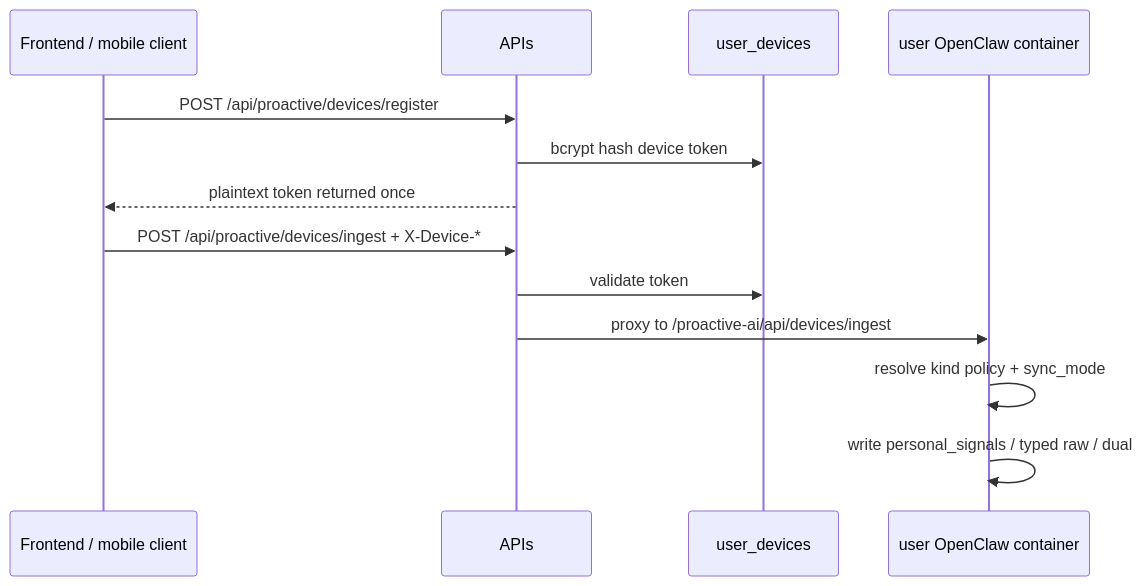
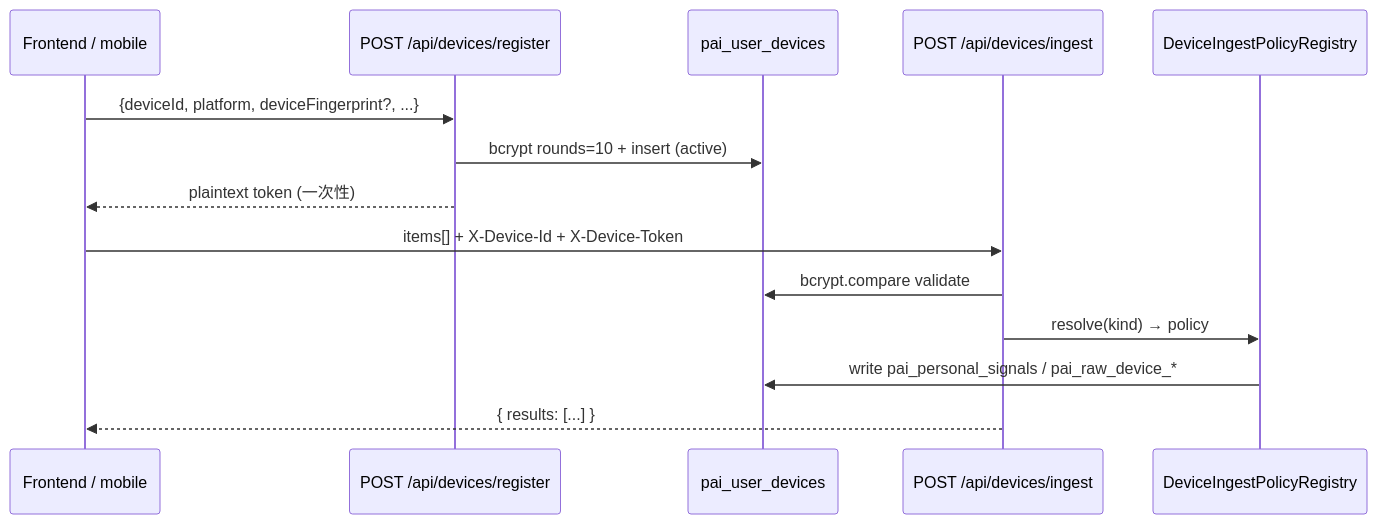
One commit to Edge-AI-HQ/proactive-assistant changed the fourth of 4 diagrams in docs/modules/data-connectors.mdx. Above: the diagram before and after it, drawn with Mermaid. The commit also changed other lines of this file and 372 other files, not shown here.

````diff
--- a/docs/modules/data-connectors.mdx
+++ b/docs/modules/data-connectors.mdx
@@ -194,16 +158,17 @@
 ```mermaid
 sequenceDiagram
-  participant FE as Frontend / mobile client
-  participant APIs as APIs
-  participant DB as user_devices
-  participant OC as user OpenClaw container
+  participant FE as Frontend / mobile
+  participant Reg as POST /api/devices/register
+  participant DB as pai_user_devices
+  participant Ing as POST /api/devices/ingest
+  participant Policy as DeviceIngestPolicyRegistry
 
-  FE->>APIs: POST /api/proactive/devices/register
-  APIs->>DB: bcrypt hash device token
-  APIs-->>FE: plaintext token returned once
-  FE->>APIs: POST /api/proactive/devices/ingest + X-Device-*
-  APIs->>DB: validate token
-  APIs->>OC: proxy to /proactive-ai/api/devices/ingest
-  OC->>OC: resolve kind policy + sync_mode
-  OC->>OC: write personal_signals / typed raw / dual
+  FE->>Reg: {deviceId, platform, deviceFingerprint?, ...}
+  Reg->>DB: bcrypt rounds=10 + insert (active)
+  Reg-->>FE: plaintext token (一次性)
+  FE->>Ing: items[] + X-Device-Id + X-Device-Token
+  Ing->>DB: bcrypt.compare validate
+  Ing->>Policy: resolve(kind) → policy
+  Policy->>DB: write pai_personal_signals / pai_raw_device_*
+  Ing-->>FE: { results: [...] }
 ```
````
